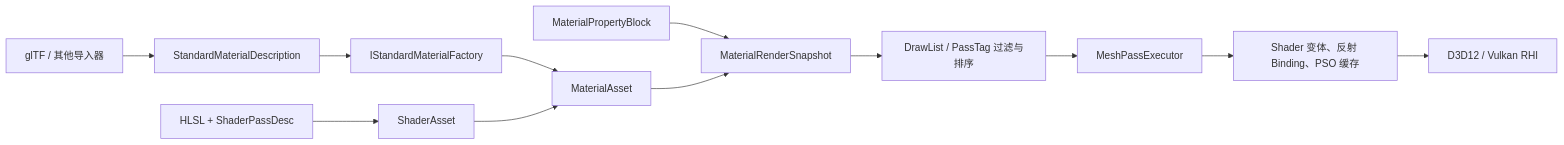
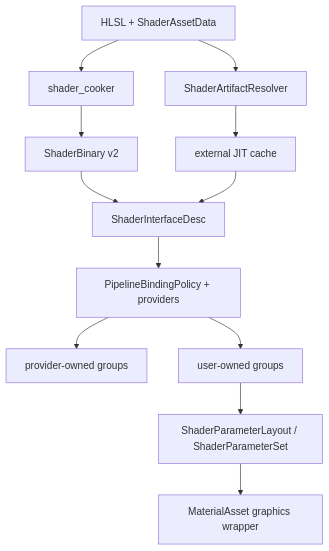
The diagram in docs/shader_material_capabilities.md (ksgfk/RadRay), drawn with Mermaid before and after one commit. The commit also changed other lines of this file and 46 other files, not shown here.

````diff
--- a/docs/shader_material_capabilities.md
+++ b/docs/shader_material_capabilities.md
@@ -24,14 +9,14 @@
 ```mermaid
-flowchart LR
-    HLSL["HLSL + ShaderPassDesc"] --> Shader["ShaderAsset"]
-    Importer["glTF / 其他导入器"] --> Standard["StandardMaterialDescription"]
-    Standard --> Factory["IStandardMaterialFactory"]
-    Factory --> Material["MaterialAsset"]
-    Shader --> Material
-    Block["MaterialPropertyBlock"] --> Snapshot["MaterialRenderSnapshot"]
-    Material --> Snapshot
-    Snapshot --> DrawList["DrawList / PassTag 过滤与排序"]
-    DrawList --> Executor["MeshPassExecutor"]
-    Executor --> Variant["Shader 变体、反射 Binding、PSO 缓存"]
-    Variant --> RHI["D3D12 / Vulkan RHI"]
+flowchart TD
+    Source["HLSL + ShaderAssetData"] --> Offline["shader_cooker"]
+    Source --> JIT["ShaderArtifactResolver"]
+    Offline --> Binary["ShaderBinary v2"]
+    JIT --> External["external JIT cache"]
+    Binary --> Interface["ShaderInterfaceDesc"]
+    External --> Interface
+    Interface --> Policy["PipelineBindingPolicy + providers"]
+    Policy --> ProviderGroups["provider-owned groups"]
+    Policy --> UserGroups["user-owned groups"]
+    UserGroups --> ParameterSet["ShaderParameterLayout / ShaderParameterSet"]
+    ParameterSet --> Material["MaterialAsset graphics wrapper"]
 ```
````
